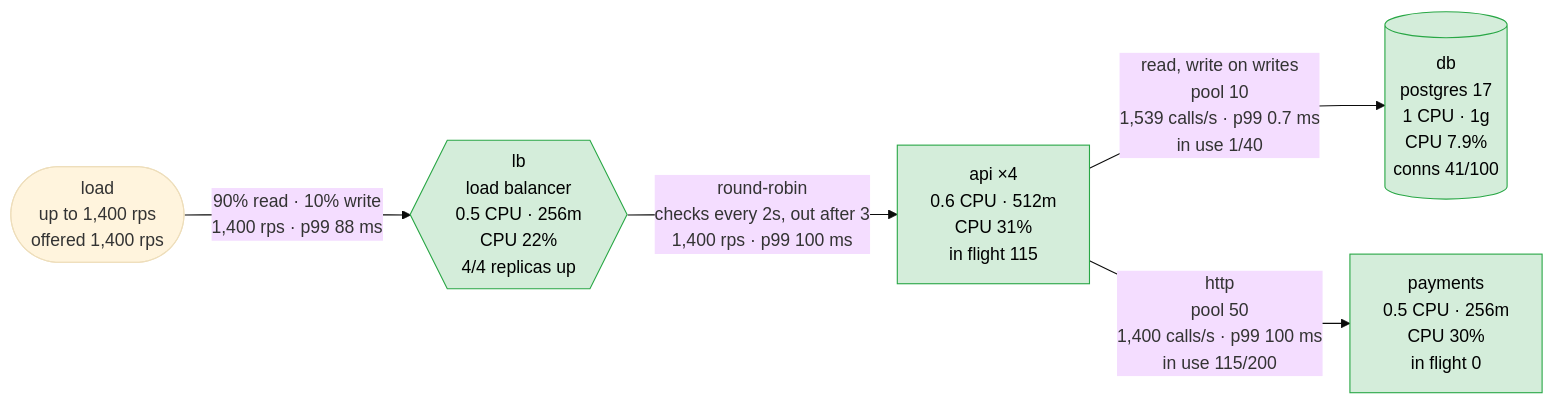
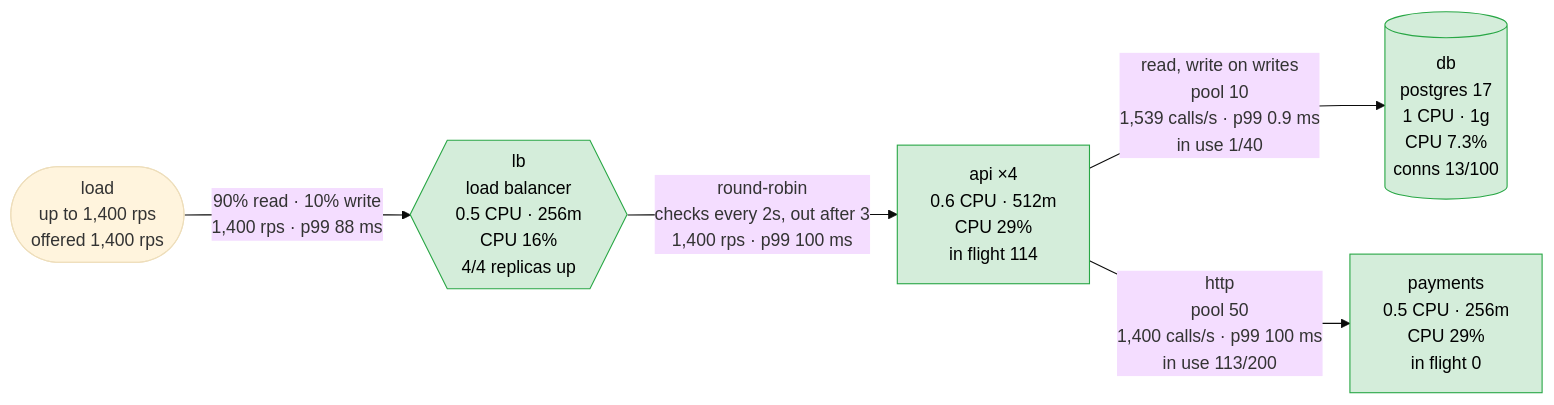
One commit to akinfemi/load-lore changed the first of 5 diagrams in scenarios/connection-pool-trap/solutions/release-between-queries/report.md. Above: the diagram before and after it, drawn with Mermaid (base theme). The commit also changed other lines of this file and 71 other files, not shown here.

````diff
--- a/scenarios/connection-pool-trap/solutions/release-between-queries/report.md
+++ b/scenarios/connection-pool-trap/solutions/release-between-queries/report.md
@@ -15,16 +15,16 @@
 ```mermaid
 flowchart LR
     load(["load<br/>up to 1,400 rps<br/>offered 1,400 rps"])
-    lb{{"lb<br/>load balancer<br/>0.5 CPU · 256m<br/>CPU 22%<br/>4/4 replicas up"}}
-    api["api ×4<br/>0.6 CPU · 512m<br/>CPU 31%<br/>in flight 115"]
-    db[("db<br/>postgres 17<br/>1 CPU · 1g<br/>CPU 7.9%<br/>conns 41/100")]
-    payments["payments<br/>0.5 CPU · 256m<br/>CPU 30%<br/>in flight 0"]
+    lb{{"lb<br/>load balancer<br/>0.5 CPU · 256m<br/>CPU 16%<br/>4/4 replicas up"}}
+    api["api ×4<br/>0.6 CPU · 512m<br/>CPU 29%<br/>in flight 114"]
+    db[("db<br/>postgres 17<br/>1 CPU · 1g<br/>CPU 7.3%<br/>conns 13/100")]
+    payments["payments<br/>0.5 CPU · 256m<br/>CPU 29%<br/>in flight 0"]
     load -->|"90% read · 10% write<br/>1,400 rps · p99 88 ms"| lb
     lb -->|"round-robin<br/>checks every 2s, out after 3<br/>1,400 rps · p99 100 ms"| api
-    api -->|"read, write on writes<br/>pool 10<br/>1,539 calls/s · p99 0.7 ms<br/>in use 1/40"| db
-    api -->|"http<br/>pool 50<br/>1,400 calls/s · p99 100 ms<br/>in use 115/200"| payments
+    api -->|"read, write on writes<br/>pool 10<br/>1,539 calls/s · p99 0.9 ms<br/>in use 1/40"| db
+    api -->|"http<br/>pool 50<br/>1,400 calls/s · p99 100 ms<br/>in use 113/200"| payments
     classDef ok fill:#d4edda,stroke:#28a745,color:#000
     classDef warm fill:#fff3cd,stroke:#d39e00,color:#000
     classDef hot fill:#f8d7da,stroke:#dc3545,color:#000
     class lb,api,db,payments ok
 ```
````
